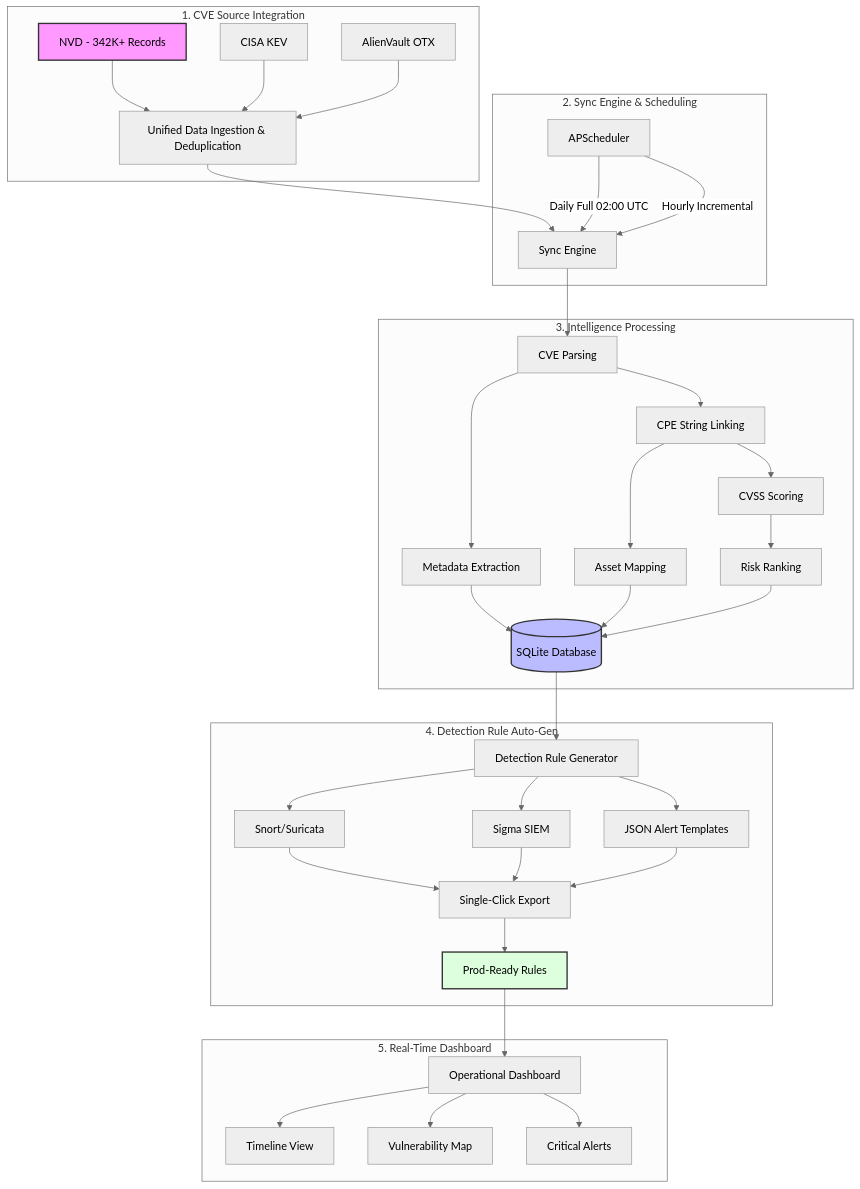
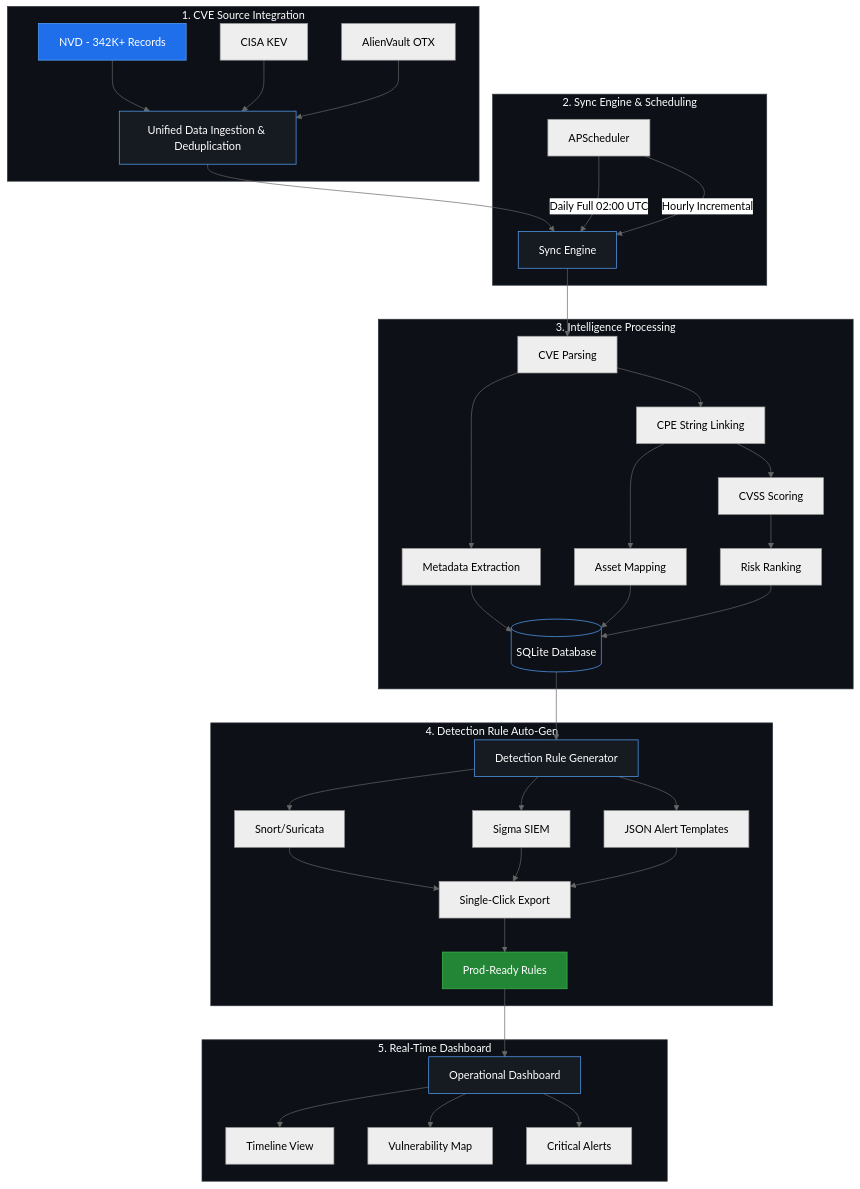
Before and after one commit to DarshakPatel2004/DarshakPatel2004: the first of 2 diagrams in README.md, drawn with Mermaid (neutral theme). The commit also changed other lines of this file, not shown here.

````diff
--- a/README.md
+++ b/README.md
@@ -150,55 +150,65 @@
 ```mermaid
 graph TD
     subgraph Source_Integration ["1. CVE Source Integration"]
         NVD[NVD - 342K+ Records]
         CISA[CISA KEV]
         OTX[AlienVault OTX]
         Dedupe[Unified Data Ingestion & Deduplication]
         
         NVD --> Dedupe
         CISA --> Dedupe
         OTX --> Dedupe
     end
 
     subgraph Sync_Engine ["2. Sync Engine & Scheduling"]
         Dedupe --> Sync[Sync Engine]
         Sched[APScheduler]
         Sched -->|Daily Full 02:00 UTC| Sync
         Sched -->|Hourly Incremental| Sync
     end
 
     subgraph Processing ["3. Intelligence Processing"]
         Sync --> Parsing[CVE Parsing]
         Parsing --> Linking[CPE String Linking]
         Linking --> Scoring[CVSS Scoring]
         
         Parsing --> Extraction[Metadata Extraction]
         Linking --> Asset[Asset Mapping]
         Scoring --> Risk[Risk Ranking]
         
         Extraction --> DB[(SQLite Database)]
         Asset --> DB
         Risk --> DB
     end
 
     subgraph Auto_Gen ["4. Detection Rule Auto-Gen"]
         DB --> RuleGen[Detection Rule Generator]
         RuleGen --> Snort[Snort/Suricata]
         RuleGen --> Sigma[Sigma SIEM]
         RuleGen --> JSON[JSON Alert Templates]
         
         Snort & Sigma & JSON --> Export[Single-Click Export]
         Export --> Prod[Prod-Ready Rules]
     end
 
     subgraph Dashboard ["5. Real-Time Dashboard"]
         Prod --> Dash[Operational Dashboard]
         Dash --> Timeline[Timeline View]
         Dash --> Map[Vulnerability Map]
         Dash --> Alerts[Critical Alerts]
     end
 
-    style NVD fill:#f9f,stroke:#333,stroke-width:2px
-    style DB fill:#bbf,stroke:#333,stroke-width:2px
-    style Prod fill:#dfd,stroke:#333,stroke-width:2px
+    style NVD fill:#1f6feb,stroke:#58a6ff,color:#fff
+    style DB fill:#0d1117,stroke:#58a6ff,color:#fff
+    style Prod fill:#238636,stroke:#3fb950,color:#fff
+    style Sync fill:#161b22,stroke:#58a6ff,color:#fff
+    style Dedupe fill:#161b22,stroke:#58a6ff,color:#fff
+    style RuleGen fill:#161b22,stroke:#58a6ff,color:#fff
+    style Dash fill:#161b22,stroke:#58a6ff,color:#fff
+    
+    style Source_Integration fill:#0d1117,stroke:#30363d,color:#fff
+    style Sync_Engine fill:#0d1117,stroke:#30363d,color:#fff
+    style Processing fill:#0d1117,stroke:#30363d,color:#fff
+    style Auto_Gen fill:#0d1117,stroke:#30363d,color:#fff
+    style Dashboard fill:#0d1117,stroke:#30363d,color:#fff
 ```
````
